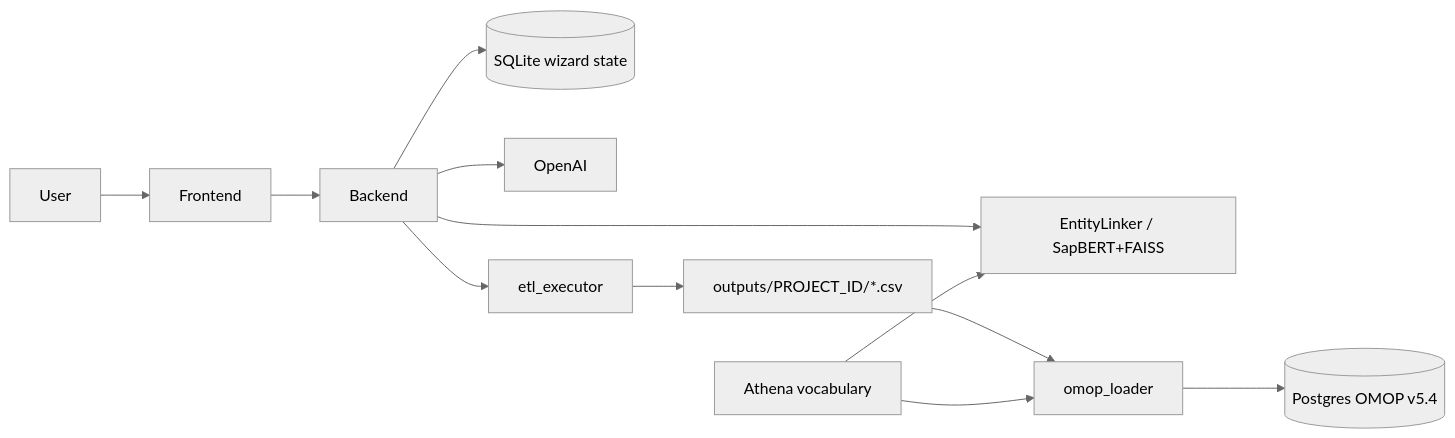
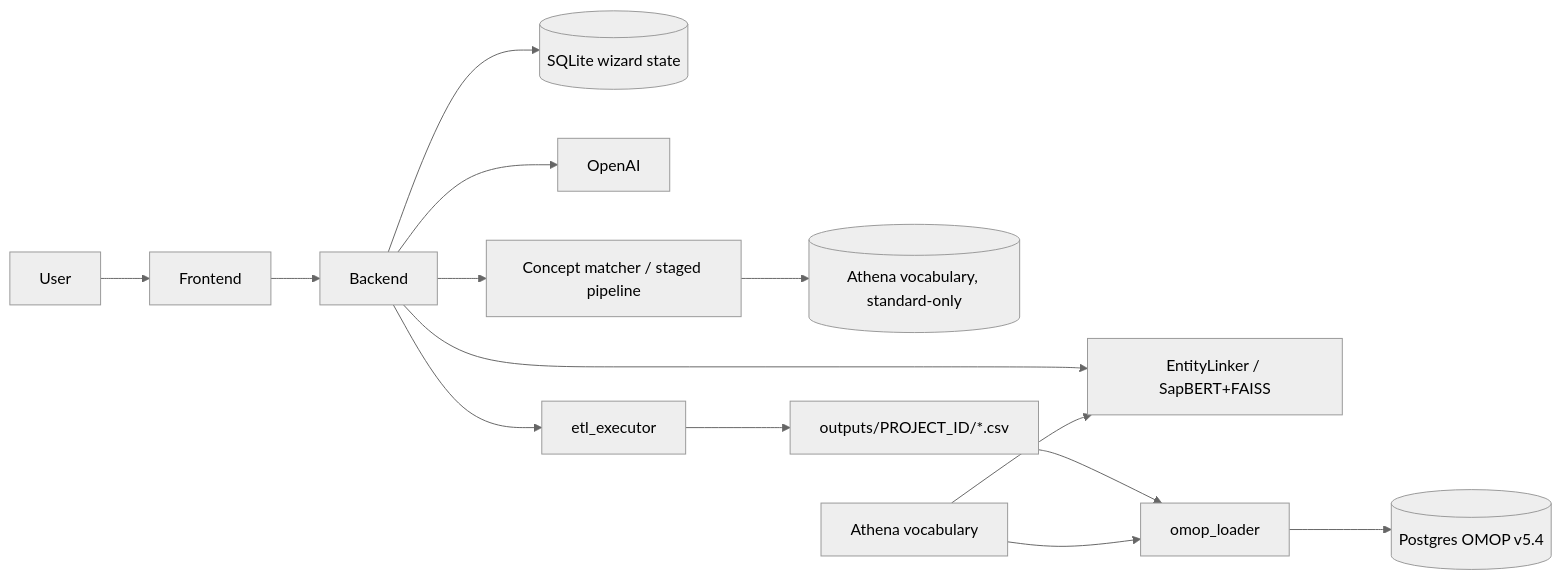
The diagram in README.md (manoshatzak27/ETL_auto_designer), drawn with Mermaid (neutral theme) before and after one commit. The commit also changed other lines of this file and 10 other files, not shown here.

````diff
--- a/README.md
+++ b/README.md
@@ -13,14 +13,16 @@
 ```mermaid
 flowchart LR
   User --> Frontend
   Frontend --> Backend
   Backend --> SQLite[(SQLite wizard state)]
   Backend --> OpenAI
   Backend --> EntityLinker[EntityLinker / SapBERT+FAISS]
+  Backend --> ConceptMatcher[Concept matcher / staged pipeline]
+  ConceptMatcher --> VocabDb[(Athena vocabulary, standard-only)]
   Backend --> Executor[etl_executor]
   Executor --> Outputs[outputs/PROJECT_ID/*.csv]
   Outputs --> Loader[omop_loader]
   Loader --> Postgres[(Postgres OMOP v5.4)]
   VocabBundle[Athena vocabulary] --> Loader
   VocabBundle --> EntityLinker
 ```
````
